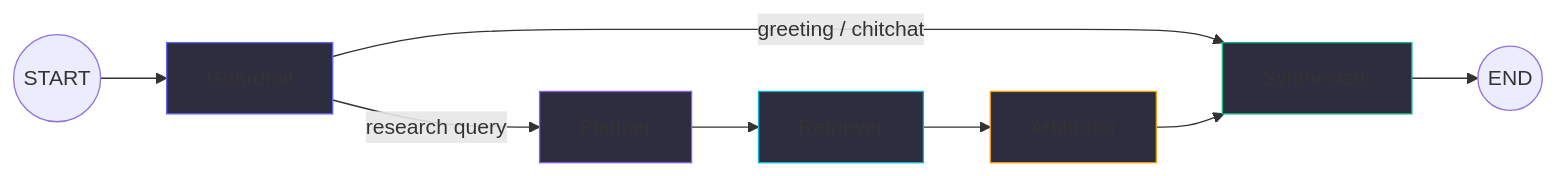
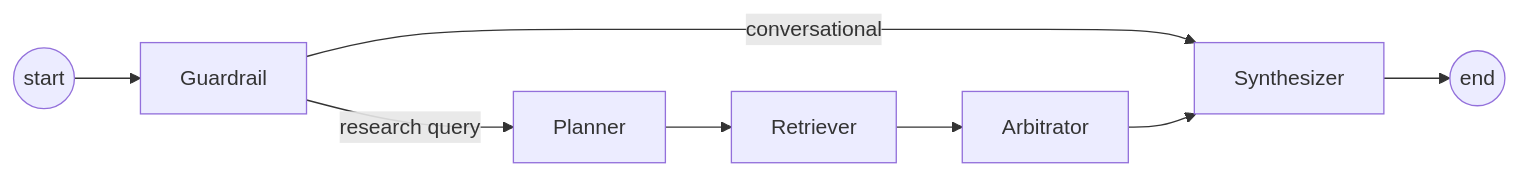
One commit to NayanthaNethsara/Hermes changed the second of 3 diagrams in docs/architecture.md. Above: the diagram before and after it, drawn with Mermaid. The commit also changed other lines of this file and 27 other files, not shown here.

````diff
--- a/docs/architecture.md
+++ b/docs/architecture.md
@@ -74,19 +62,10 @@
 ```mermaid
 flowchart LR
-    START(("START")) --> GR["Guardrail"]
-
-    GR -->|"greeting / chitchat"| SY["Synthesizer"]
-    GR -->|"research query"| PL["Planner"]
-
+    START(("start")) --> GR["Guardrail"]
+    GR -->|conversational| SY["Synthesizer"]
+    GR -->|research query| PL["Planner"]
     PL --> RT["Retriever"]
     RT --> AR["Arbitrator"]
     AR --> SY
-
-    SY --> END_(("END"))
-
-    style GR fill:#2d2d3f,stroke:#6366f1
-    style PL fill:#2d2d3f,stroke:#8b5cf6
-    style RT fill:#2d2d3f,stroke:#06b6d4
-    style AR fill:#2d2d3f,stroke:#f59e0b
-    style SY fill:#2d2d3f,stroke:#10b981
+    SY --> FIN(("end"))
 ```
````
